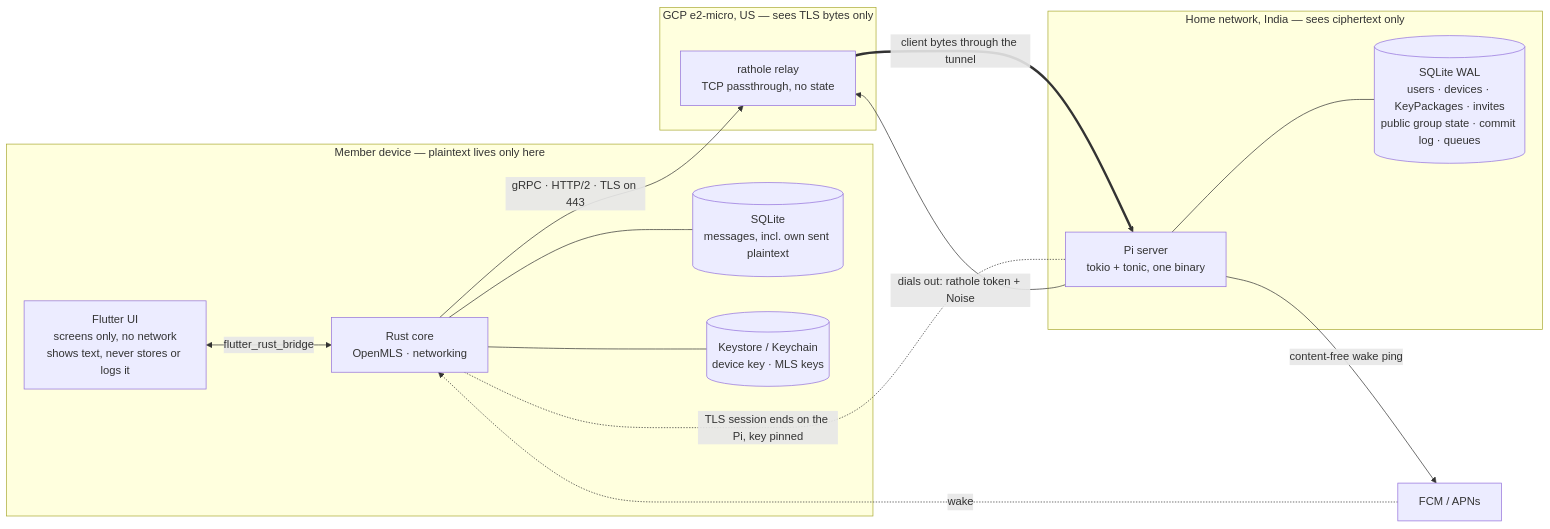
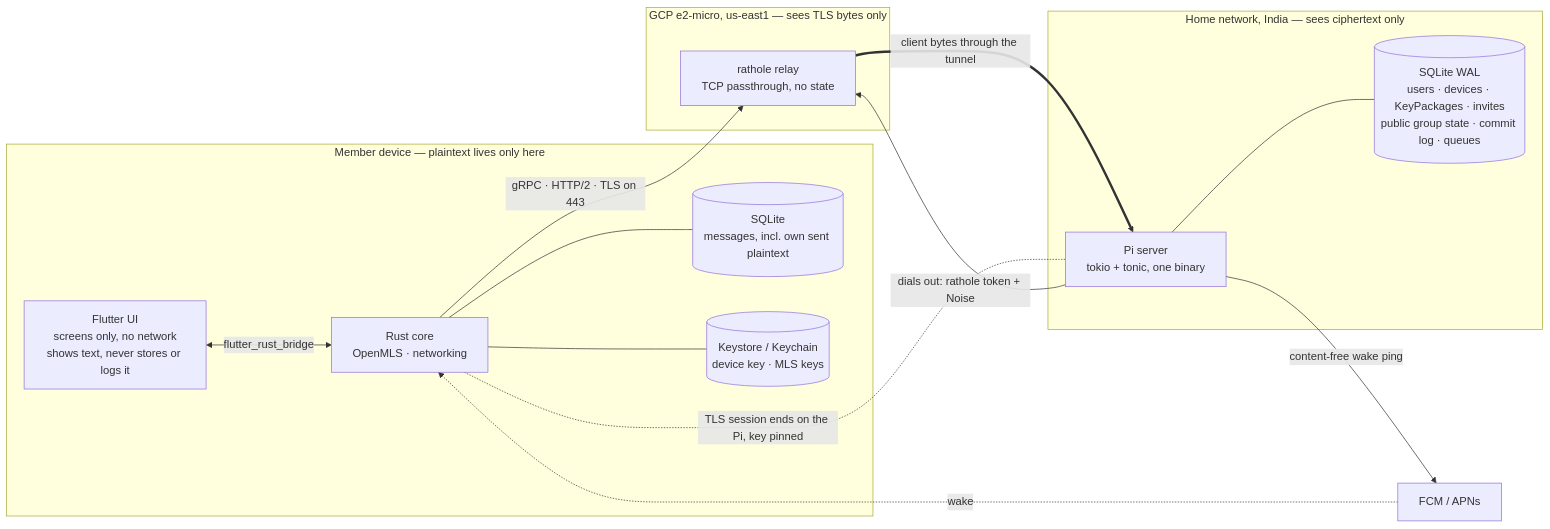
The first of 4 diagrams in docs/architecture-decisions.md (koppathachan/vyajena), drawn with Mermaid before and after one commit. The commit also changed other lines of this file and 34 other files, not shown here.

````diff
--- a/docs/architecture-decisions.md
+++ b/docs/architecture-decisions.md
@@ -37,31 +37,31 @@
 ```mermaid
 flowchart LR
   subgraph device["Member device — plaintext lives only here"]
     ui["Flutter UI<br/>screens only, no network<br/>shows text, never stores or logs it"]
     core["Rust core<br/>OpenMLS · networking"]
     db[("SQLite<br/>messages, incl. own sent plaintext")]
     ks[("Keystore / Keychain<br/>device key · MLS keys")]
     ui <-->|"flutter_rust_bridge"| core
     core --- db
     core --- ks
   end
 
-  subgraph gcp["GCP e2-micro, US — sees TLS bytes only"]
+  subgraph gcp["GCP e2-micro, us-east1 — sees TLS bytes only"]
     relay["rathole relay<br/>TCP passthrough, no state"]
   end
 
   subgraph home["Home network, India — sees ciphertext only"]
     pi["Pi server<br/>tokio + tonic, one binary"]
     pidb[("SQLite WAL<br/>users · devices · KeyPackages · invites<br/>public group state · commit log · queues")]
     pi --- pidb
   end
 
   push["FCM / APNs"]
 
   core -->|"gRPC · HTTP/2 · TLS on 443"| relay
   pi -->|"dials out: rathole token + Noise"| relay
   relay ==>|"client bytes through the tunnel"| pi
   core -. "TLS session ends on the Pi, key pinned" .- pi
   pi -->|"content-free wake ping"| push
   push -.->|"wake"| core
 ```
````
